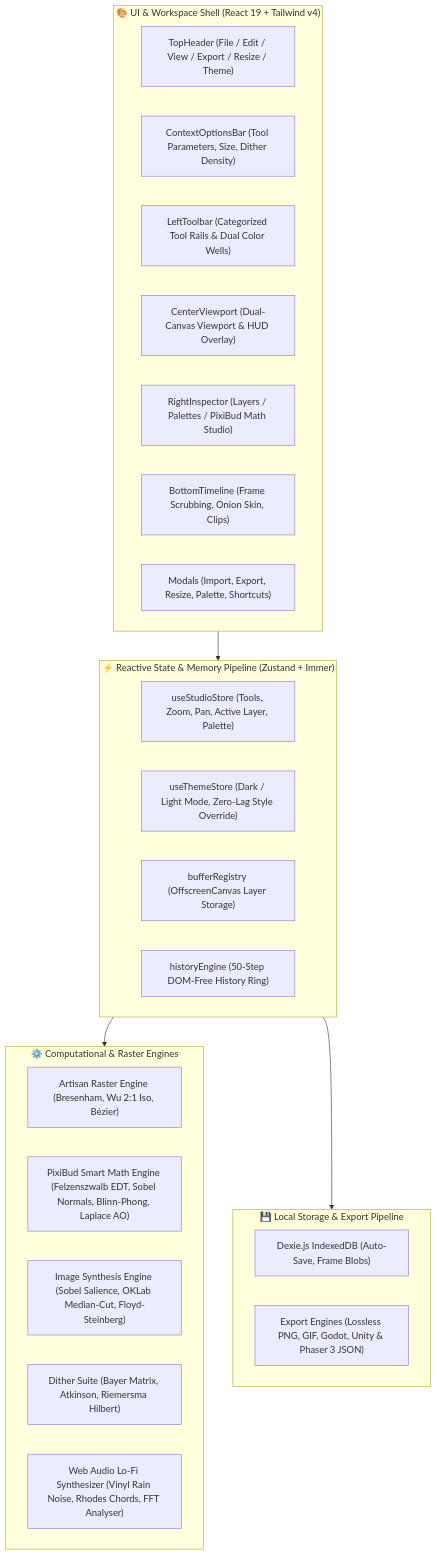
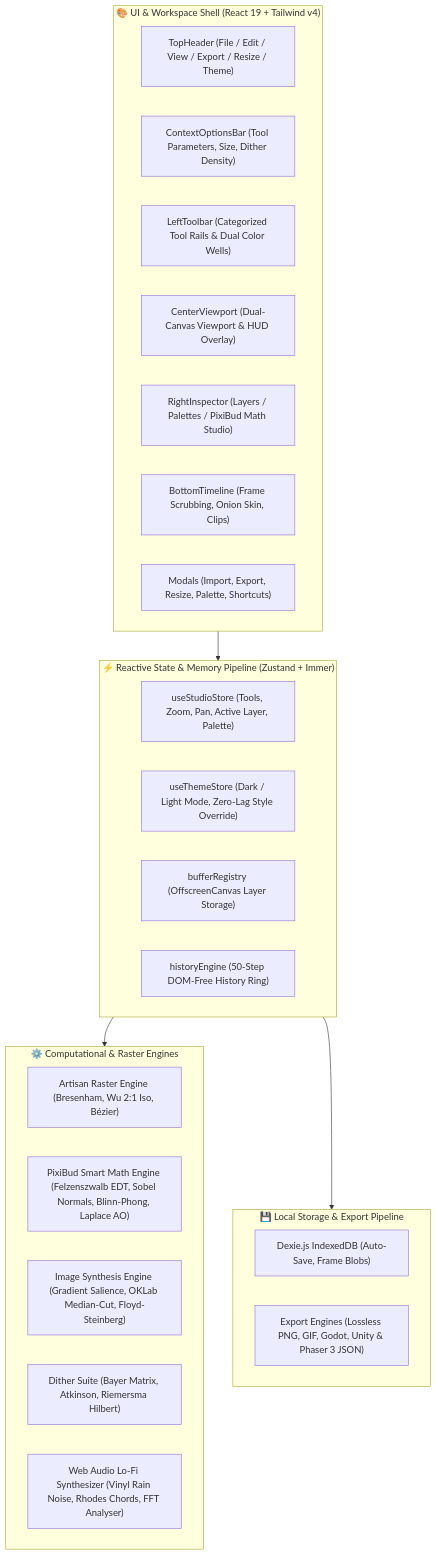
Before and after one commit to lxcario/PixiBun: the first of 6 diagrams in ARCHITECTURE.md, drawn with Mermaid. The commit also changed other lines of this file and 28 other files, not shown here.

````diff
--- a/ARCHITECTURE.md
+++ b/ARCHITECTURE.md
@@ -17,36 +17,36 @@
 ```mermaid
 graph TD
     subgraph UI_Layer ["🎨 UI & Workspace Shell (React 19 + Tailwind v4)"]
         TopNav["TopHeader (File / Edit / View / Export / Resize / Theme)"]
         OptionStrip["ContextOptionsBar (Tool Parameters, Size, Dither Density)"]
         LeftRail["LeftToolbar (Categorized Tool Rails & Dual Color Wells)"]
         ViewportShell["CenterViewport (Dual-Canvas Viewport & HUD Overlay)"]
         RightStudio["RightInspector (Layers / Palettes / PixiBud Math Studio)"]
         TimelineDock["BottomTimeline (Frame Scrubbing, Onion Skin, Clips)"]
         Modals["Modals (Import, Export, Resize, Palette, Shortcuts)"]
     end
 
     subgraph State_Layer ["⚡ Reactive State & Memory Pipeline (Zustand + Immer)"]
         Store["useStudioStore (Tools, Zoom, Pan, Active Layer, Palette)"]
         Theme["useThemeStore (Dark / Light Mode, Zero-Lag Style Override)"]
         BufferReg["bufferRegistry (OffscreenCanvas Layer Storage)"]
         UndoRedo["historyEngine (50-Step DOM-Free History Ring)"]
     end
 
     subgraph Core_Engines ["⚙️ Computational & Raster Engines"]
         RasterCore["Artisan Raster Engine (Bresenham, Wu 2:1 Iso, Bézier)"]
         MathCore["PixiBud Smart Math Engine (Felzenszwalb EDT, Sobel Normals, Blinn-Phong, Laplace AO)"]
-        PixelizeCore["Image Synthesis Engine (Sobel Salience, OKLab Median-Cut, Floyd-Steinberg)"]
+        PixelizeCore["Image Synthesis Engine (Gradient Salience, OKLab Median-Cut, Floyd-Steinberg)"]
         DitherCore["Dither Suite (Bayer Matrix, Atkinson, Riemersma Hilbert)"]
         AudioCore["Web Audio Lo-Fi Synthesizer (Vinyl Rain Noise, Rhodes Chords, FFT Analyser)"]
     end
 
     subgraph Storage_Layer ["💾 Local Storage & Export Pipeline"]
         DexieDB["Dexie.js IndexedDB (Auto-Save, Frame Blobs)"]
         Exporter["Export Engines (Lossless PNG, GIF, Godot, Unity & Phaser 3 JSON)"]
     end
 
     UI_Layer --> State_Layer
     State_Layer --> Core_Engines
     State_Layer --> Storage_Layer
 ```
````
